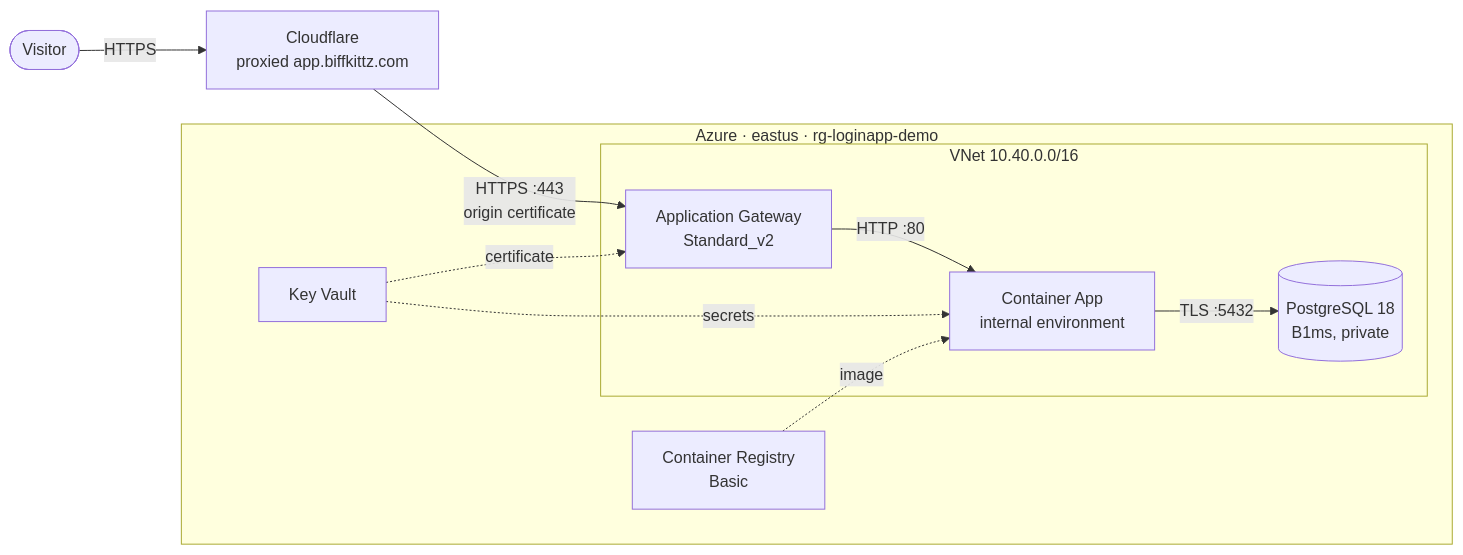
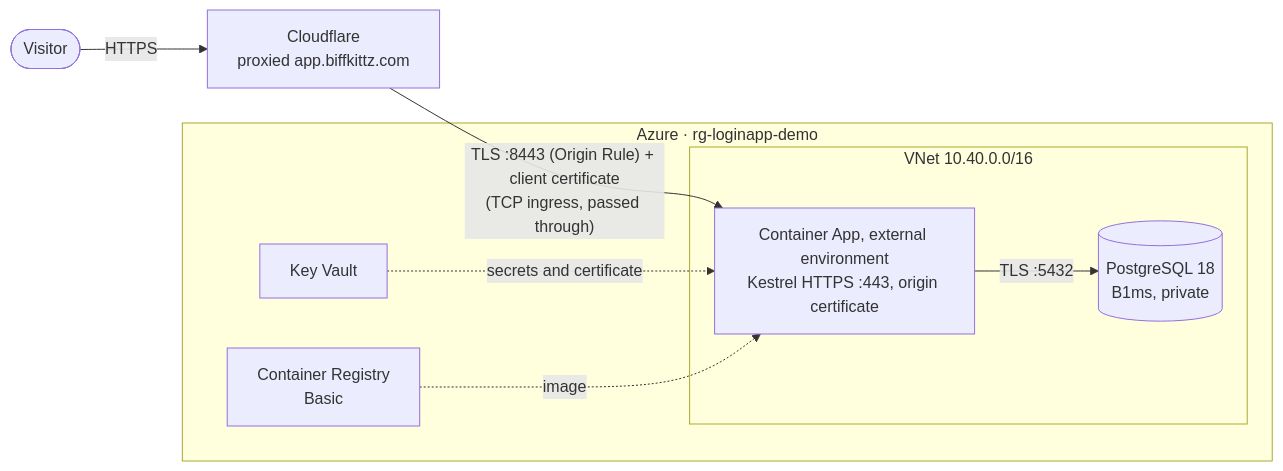
The diagram in infra/README.md (biffkittz/login-app), drawn with Mermaid before and after one commit. The commit also changed other lines of this file and 57 other files, not shown here.

Commit message:
remove expensive app gateway for now

````diff
--- a/infra/README.md
+++ b/infra/README.md
@@ -8,14 +9,13 @@
 ```mermaid
 flowchart LR
   visitor([Visitor]) -->|HTTPS| cf[Cloudflare<br/>proxied app.biffkittz.com]
-  cf -->|HTTPS :443<br/>origin certificate| agw
-  subgraph azure[Azure · eastus · rg-loginapp-demo]
+  cf -->|"TLS :8443 (Origin Rule) + client certificate<br/>(TCP ingress, passed through)"| app
+  subgraph azure[Azure · rg-loginapp-demo]
     subgraph vnet[VNet 10.40.0.0/16]
-      agw[Application Gateway<br/>Standard_v2] -->|HTTP :80| app[Container App<br/>internal environment]
+      app["Container App, external environment<br/>Kestrel HTTPS :443, origin certificate"]
       app -->|TLS :5432| pg[(PostgreSQL 18<br/>B1ms, private)]
     end
-    kv[Key Vault] -.->|certificate| agw
-    kv -.->|secrets| app
+    kv[Key Vault] -.->|secrets and certificate| app
     acr[Container Registry<br/>Basic] -.->|image| app
   end
 ```
````
